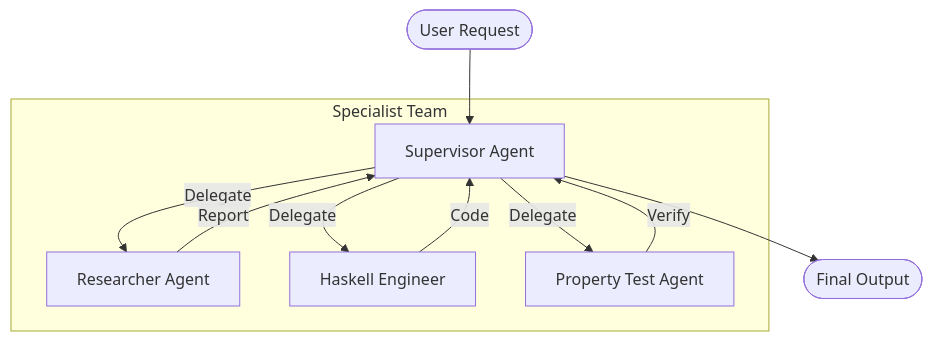
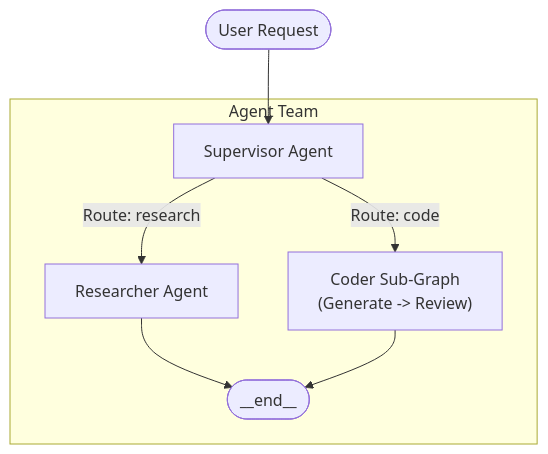
One commit to tusharad/langchain-hs changed the diagram in site/concepts/multi-agent.md. Above: the diagram before and after it, drawn with Mermaid. The commit also changed other lines of this file and 25 other files, not shown here.

````diff
--- a/site/concepts/multi-agent.md
+++ b/site/concepts/multi-agent.md
@@ -11,16 +11,12 @@
 ```mermaid
 flowchart TD
     User([User Request]) --> Supervisor[Supervisor Agent]
     
-    subgraph Team ["Specialist Team"]
-        Supervisor -->|Delegate| Research[Researcher Agent]
-        Supervisor -->|Delegate| Coder[Haskell Engineer]
-        Supervisor -->|Delegate| QA[Property Test Agent]
+    subgraph Team ["Agent Team"]
+        Supervisor -->|Route: research| Researcher[Researcher Agent]
+        Supervisor -->|Route: code| CoderSubGraph["Coder Sub-Graph\n(Generate -> Review)"]
         
-        Research -->|Report| Supervisor
-        Coder -->|Code| Supervisor
-        QA -->|Verify| Supervisor
+        Researcher --> End([__end__])
+        CoderSubGraph --> End
     end
-    
-    Supervisor --> Finish([Final Output])
 ```
````
